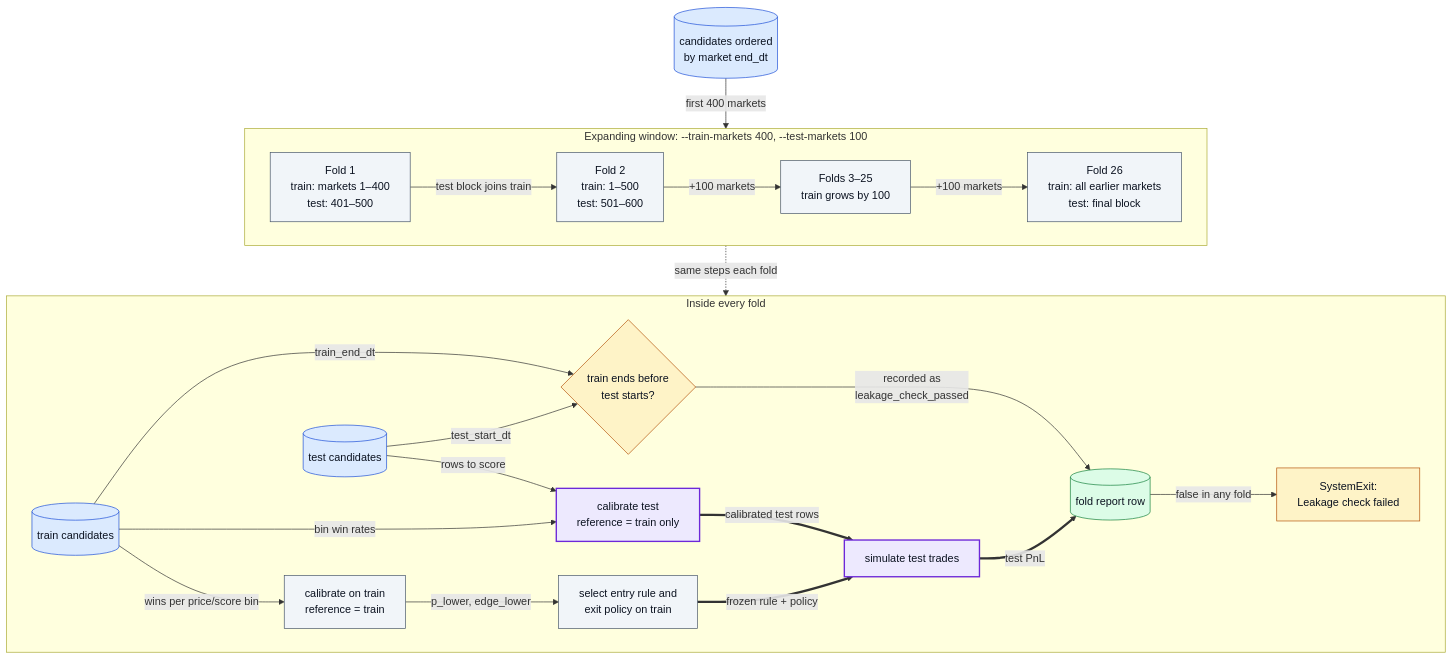
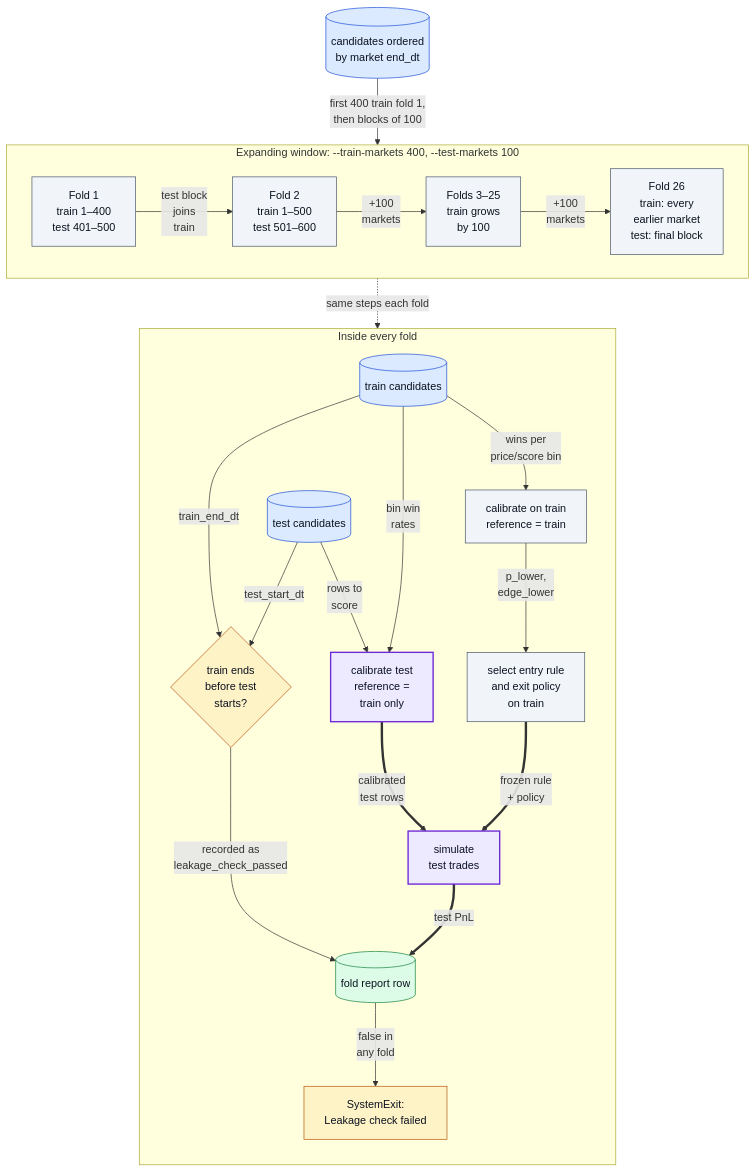
The second of 3 diagrams in README.md (oscar-chw/Polymarket-Crypto-5min), drawn with Mermaid before and after one commit. The commit also changed other lines of this file and 1 other file, not shown here.

Commit message:
docs: make diagrams legible at README width

````diff
--- a/README.md
+++ b/README.md
@@ -96,46 +96,46 @@
 ```mermaid
 flowchart TB
   MK[("candidates ordered<br/>by market end_dt")]:::data
   subgraph EXP["Expanding window: --train-markets 400, --test-markets 100"]
     direction LR
-    F1["Fold 1<br/>train: markets 1–400<br/>test: 401–500"]:::step
-    F2["Fold 2<br/>train: 1–500<br/>test: 501–600"]:::step
-    FD["Folds 3–25<br/>train grows by 100"]:::step
-    F26["Fold 26<br/>train: all earlier markets<br/>test: final block"]:::step
-    F1 -->|"test block joins train"| F2
-    F2 -->|"+100 markets"| FD
-    FD -->|"+100 markets"| F26
+    F1["Fold 1<br/>train 1–400<br/>test 401–500"]:::step
+    F2["Fold 2<br/>train 1–500<br/>test 501–600"]:::step
+    FD["Folds 3–25<br/>train grows<br/>by 100"]:::step
+    F26["Fold 26<br/>train: every<br/>earlier market<br/>test: final block"]:::step
+    F1 -->|"test block<br/>joins<br/>train"| F2
+    F2 -->|"+100<br/>markets"| FD
+    FD -->|"+100<br/>markets"| F26
   end
-  MK -->|"first 400 markets"| F1
+  MK -->|"first 400 train fold 1,<br/>then blocks of 100"| EXP
   subgraph ONE["Inside every fold"]
-    direction LR
+    direction TB
     TR[("train candidates")]:::data
     TE[("test candidates")]:::data
     C1["calibrate on train<br/>reference = train"]:::step
-    S1["select entry rule and<br/>exit policy on train"]:::step
-    C2["calibrate test<br/>reference = train only"]:::key
-    EV["simulate test trades"]:::key
-    LK{"train ends before<br/>test starts?"}:::gate
+    S1["select entry rule<br/>and exit policy<br/>on train"]:::step
+    C2["calibrate test<br/>reference =<br/>train only"]:::key
+    EV["simulate<br/>test trades"]:::key
+    LK{"train ends<br/>before test<br/>starts?"}:::gate
     REP[("fold report row")]:::out
     BAD["SystemExit:<br/>Leakage check failed"]:::gate
-    TR -->|"wins per price/score bin"| C1
-    C1 -->|"p_lower, edge_lower"| S1
-    TR -->|"bin win rates"| C2
-    TE -->|"rows to score"| C2
-    S1 ==>|"frozen rule + policy"| EV
-    C2 ==>|"calibrated test rows"| EV
+    TR -->|"wins per<br/>price/score bin"| C1
+    C1 -->|"p_lower,<br/>edge_lower"| S1
+    TR -->|"bin win<br/>rates"| C2
+    TE -->|"rows to<br/>score"| C2
+    S1 ==>|"frozen rule<br/>+ policy"| EV
+    C2 ==>|"calibrated<br/>test rows"| EV
     EV ==>|"test PnL"| REP
     TR -->|"train_end_dt"| LK
     TE -->|"test_start_dt"| LK
     LK -->|"recorded as<br/>leakage_check_passed"| REP
-    REP -->|"false in any fold"| BAD
+    REP -->|"false in<br/>any fold"| BAD
   end
-  F1 -.->|"same steps each fold"| ONE
+  EXP -.->|"same steps each fold"| ONE
 
   classDef data fill:#dbeafe,stroke:#1d4ed8,color:#0b1220
   classDef step fill:#f1f5f9,stroke:#475569,color:#0b1220
   classDef gate fill:#fef3c7,stroke:#b45309,color:#0b1220
   classDef out  fill:#dcfce7,stroke:#15803d,color:#0b1220
   classDef ext  fill:#f8fafc,stroke:#94a3b8,color:#0b1220,stroke-dasharray:4 3
   classDef key  fill:#ede9fe,stroke:#6d28d9,color:#0b1220,stroke-width:2px
 ```
````
